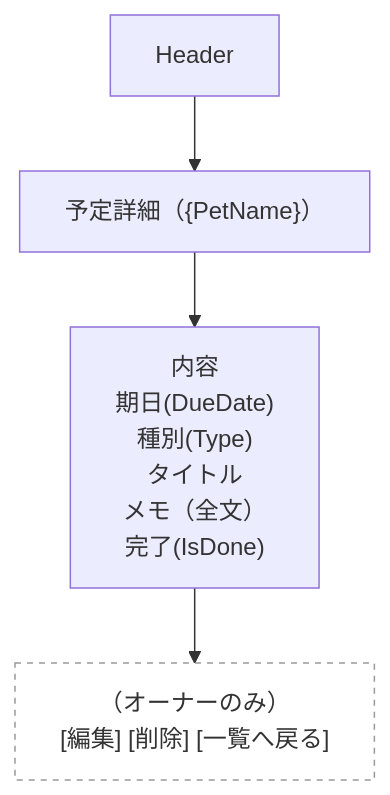
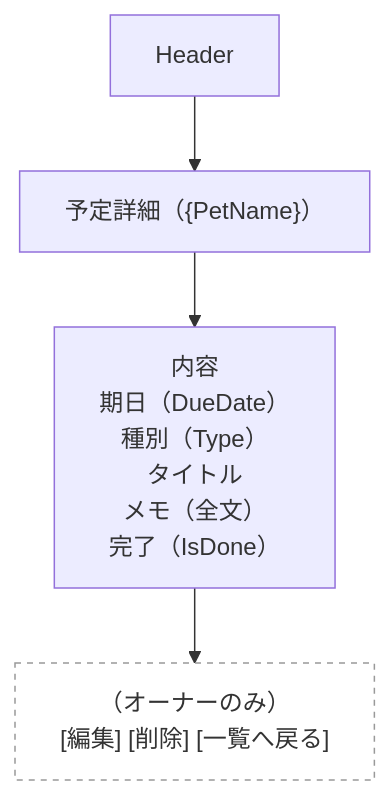
Diagram 16 of 23 in docs/ui-wireframe.md (Cat5Dog2/PetHealthManagement), drawn with Mermaid before and after one commit. The commit also changed other lines of this file, not shown here.

````diff
--- a/docs/ui-wireframe.md
+++ b/docs/ui-wireframe.md
@@ -147,11 +261,11 @@
 ```mermaid
 flowchart TB
   Header["Header"]
   Title["予定詳細（{PetName}）"]
-  Summary["内容<br/>期日(DueDate)<br/>種別(Type)<br/>タイトル<br/>メモ（全文）<br/>完了(IsDone)"]
+  Summary["内容<br/>期日（DueDate）<br/>種別（Type）<br/>タイトル<br/>メモ（全文）<br/>完了（IsDone）"]
   Actions["（オーナーのみ）<br/>[編集] [削除] [一覧へ戻る]"]:::note
 
   Header --> Title --> Summary --> Actions
 
   classDef note fill:#fff,stroke:#999,stroke-dasharray: 4 4,color:#333;
 ```
````
